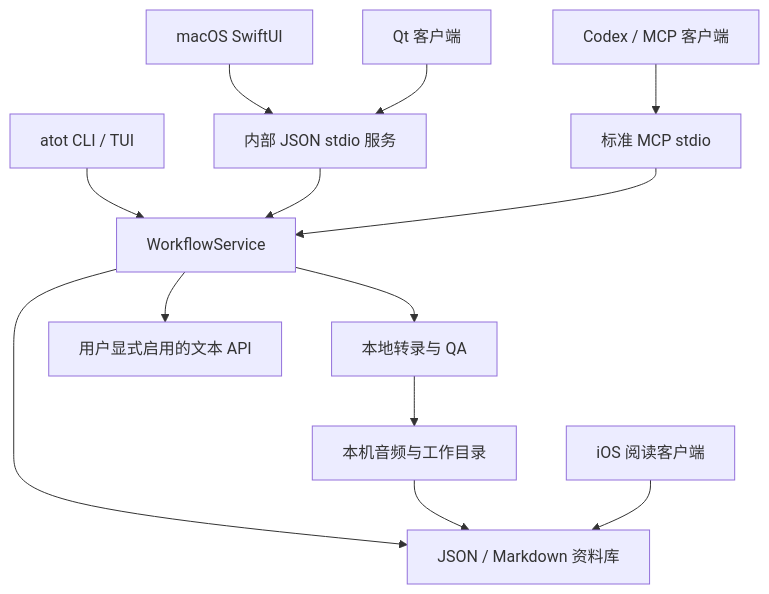
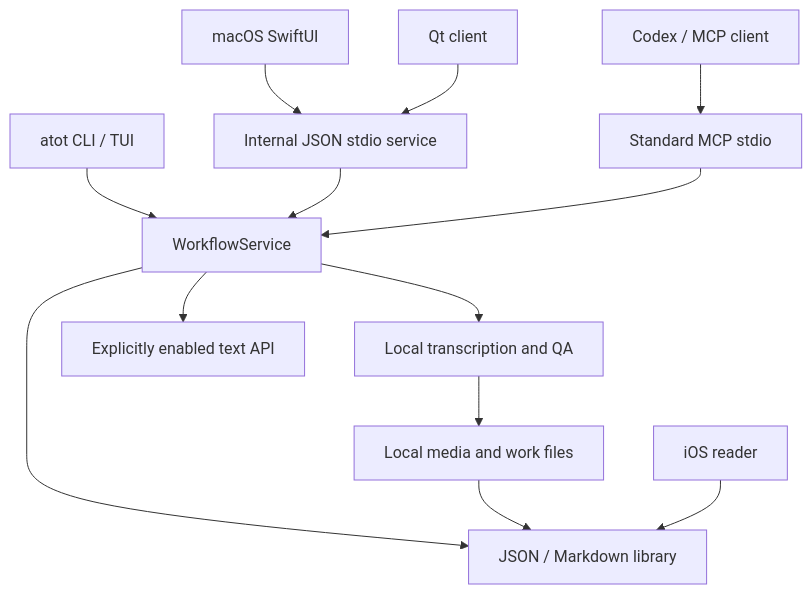
One commit to NorthBoundWisdom/Speech2Text changed the diagram in doc/ARCHITECTURE.md. Above: the diagram before and after it, drawn with Mermaid. The commit also changed other lines of this file and 101 other files, not shown here.

````diff
--- a/doc/ARCHITECTURE.md
+++ b/doc/ARCHITECTURE.md
@@ -9,15 +9,15 @@
 ```mermaid
 flowchart TD
-    Swift[macOS SwiftUI] --> JSON[内部 JSON stdio 服务]
-    Qt[Qt 客户端] --> JSON
+    Swift[macOS SwiftUI] --> JSON[Internal JSON stdio service]
+    Qt[Qt client] --> JSON
     CLI[atot CLI / TUI] --> Workflow[WorkflowService]
     JSON --> Workflow
-    Agent[Codex / MCP 客户端] --> MCP[标准 MCP stdio]
+    Agent[Codex / MCP client] --> MCP[Standard MCP stdio]
     MCP --> Workflow
-    Workflow --> ASR[本地转录与 QA]
-    Workflow --> Library[JSON / Markdown 资料库]
-    ASR --> Work[本机音频与工作目录]
+    Workflow --> ASR[Local transcription and QA]
+    Workflow --> Library[JSON / Markdown library]
+    ASR --> Work[Local media and work files]
     Work --> Library
-    Mobile[iOS 阅读客户端] --> Library
-    Workflow --> Cloud[用户显式启用的文本 API]
+    Mobile[iOS reader] --> Library
+    Workflow --> Cloud[Explicitly enabled text API]
 ```
````
